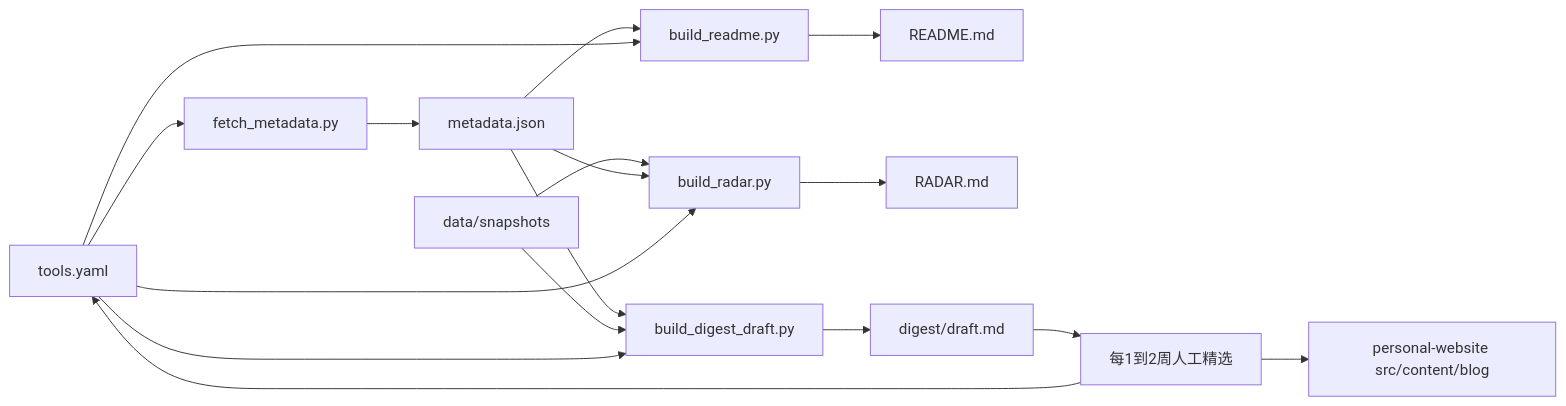
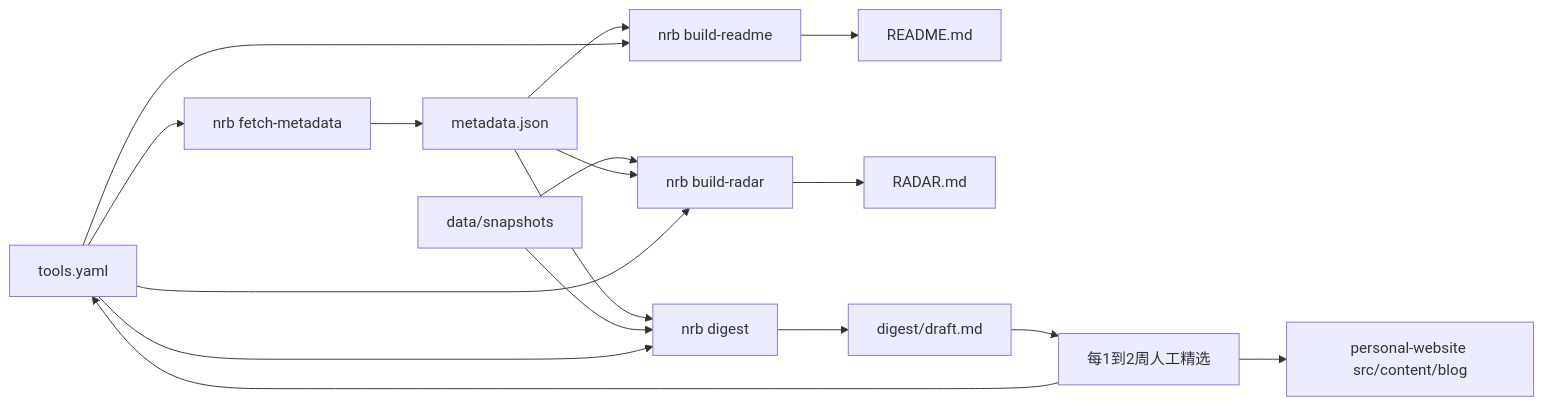
Before and after one commit to Caizhaohui/News-Rust-bioinformation: the diagram in PLAN.md, drawn with Mermaid. The commit also changed other lines of this file and 34 other files, not shown here.

````diff
--- a/PLAN.md
+++ b/PLAN.md
@@ -175,19 +170,19 @@
 ```mermaid
 flowchart LR
-    yaml[tools.yaml] --> fetch[fetch_metadata.py]
-    snap[data/snapshots] --> radar[build_radar.py]
+    yaml[tools.yaml] --> fetch[nrb fetch-metadata]
+    snap[data/snapshots] --> radar[nrb build-radar]
     fetch --> meta[metadata.json]
     meta --> radar
-    meta --> readme[build_readme.py]
+    meta --> readme[nrb build-readme]
     yaml --> readme
     yaml --> radar
     readme --> out1[README.md]
     radar --> out2[RADAR.md]
-    meta --> draft[build_digest_draft.py]
+    meta --> draft[nrb digest]
     snap --> draft
     yaml --> draft
     draft --> outline[digest/draft.md]
     outline --> human[每1到2周人工精选]
     human --> blog[personal-website src/content/blog]
     human --> yaml
 ```
````
